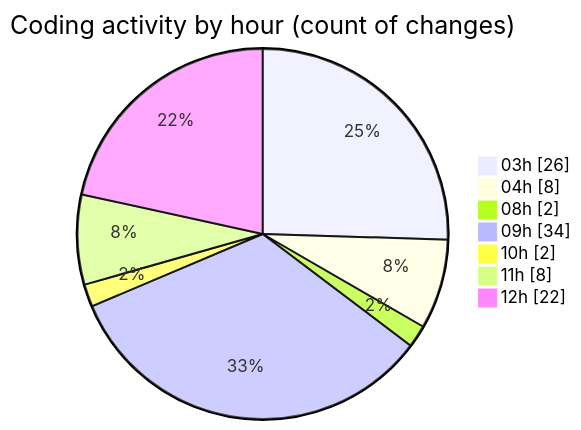
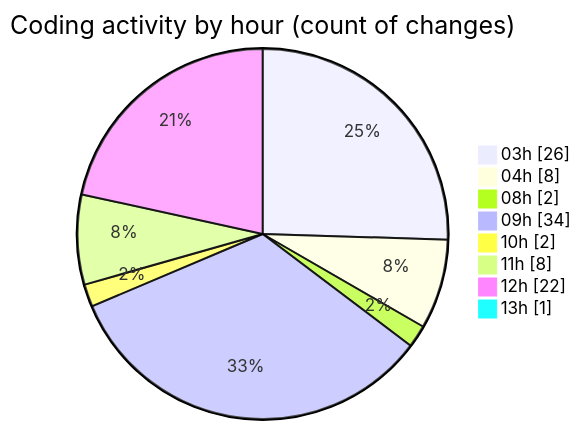
The second of 2 diagrams in 2025-06-20/modeljsondesigner/README.md (JenPaints/code-tracking), drawn with Mermaid before and after one commit. The commit also changed other lines of this file and 1 other file, not shown here.

````diff
--- a/2025-06-20/modeljsondesigner/README.md
+++ b/2025-06-20/modeljsondesigner/README.md
@@ -57,11 +57,12 @@
 ```mermaid
 pie showData
 title Coding activity by hour (count of changes)
 "03h" : 26
 "04h" : 8
 "08h" : 2
 "09h" : 34
 "10h" : 2
 "11h" : 8
 "12h" : 22
+"13h" : 1
 ```
````
